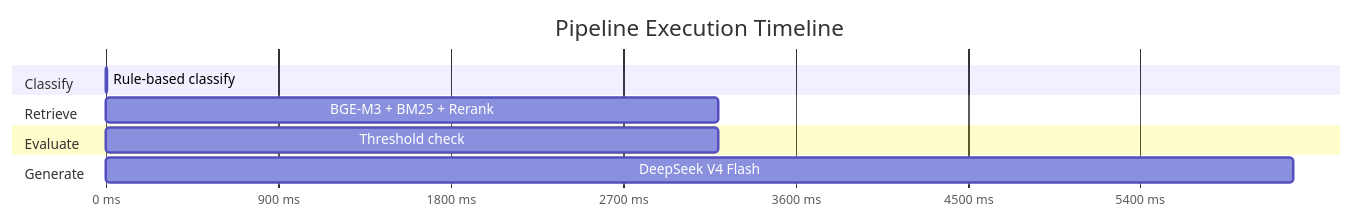
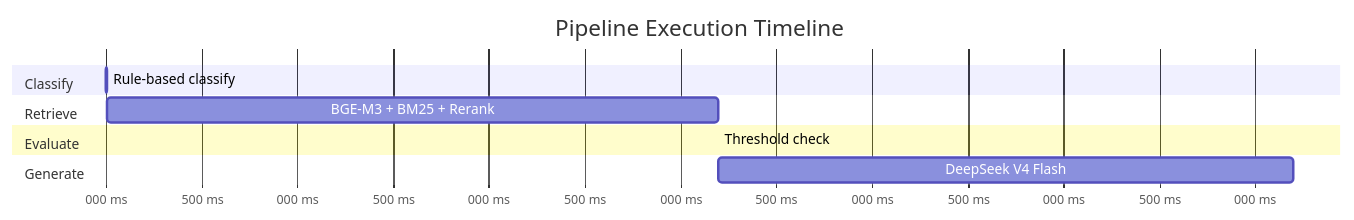
The fifth of 8 diagrams in README.md (yughiyami/rag_medicinal_plants), drawn with Mermaid before and after one commit. The commit also changed other lines of this file, not shown here.

Commit message:
fix: use ASCII-only chars in Mermaid diagrams for GitHub rendering

````diff
--- a/README.md
+++ b/README.md
@@ -174,18 +158,18 @@
 ```mermaid
 gantt
     title Pipeline Execution Timeline
-    dateFormat X
-    axisFormat %s ms
+    dateFormat x
+    axisFormat %L ms
 
     section Classify
-    Rule-based classify     :0, 4
+    Rule-based classify :0, 4
 
     section Retrieve
-    BGE-M3 + BM25 + Rerank  :4, 3199
+    BGE-M3 + BM25 + Rerank :4, 3199
 
     section Evaluate
-    Threshold check          :3199, 3200
+    Threshold check :3199, 3200
 
     section Generate
-    DeepSeek V4 Flash        :3200, 6200
+    DeepSeek V4 Flash :3200, 6200
 ```
````
